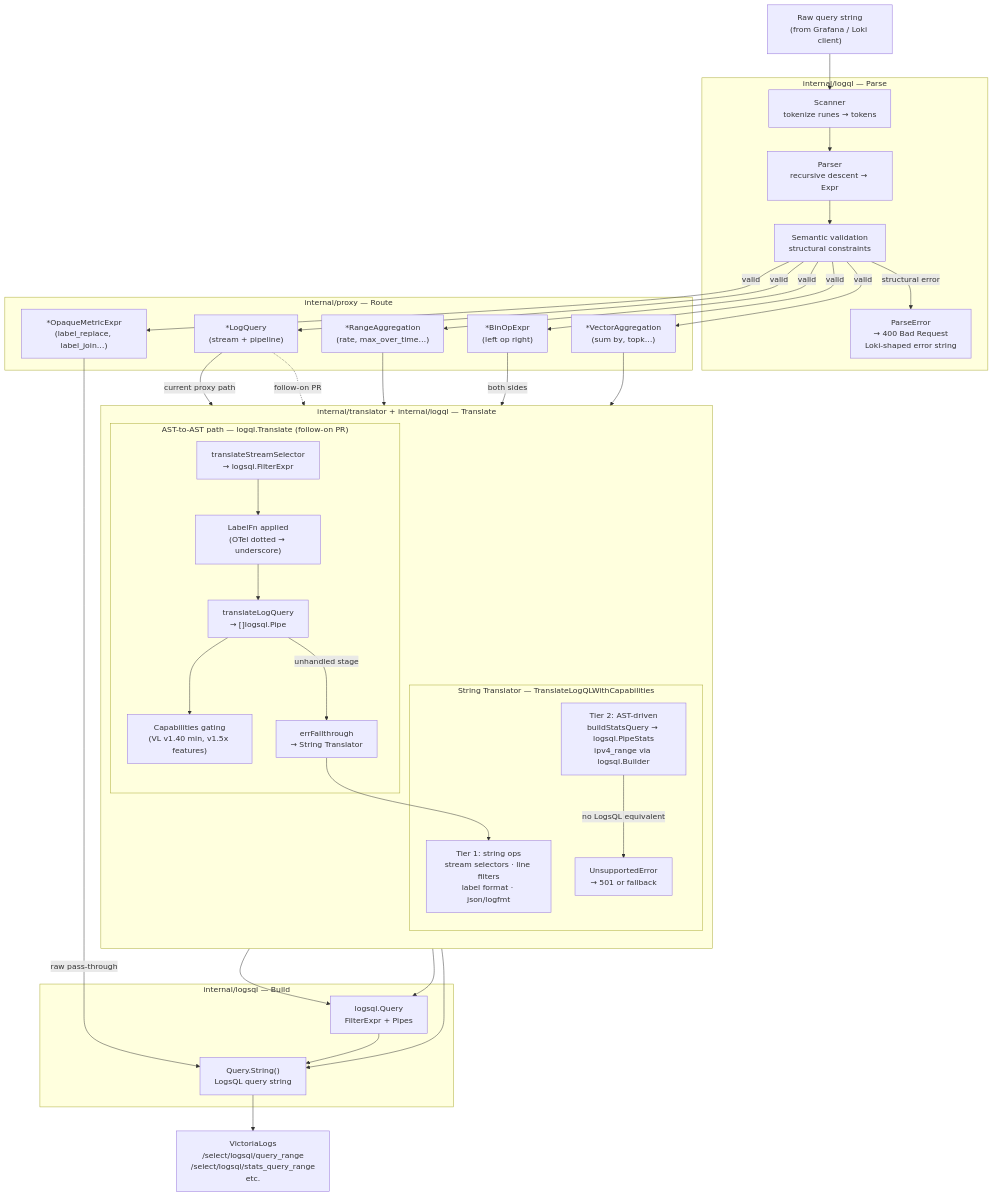
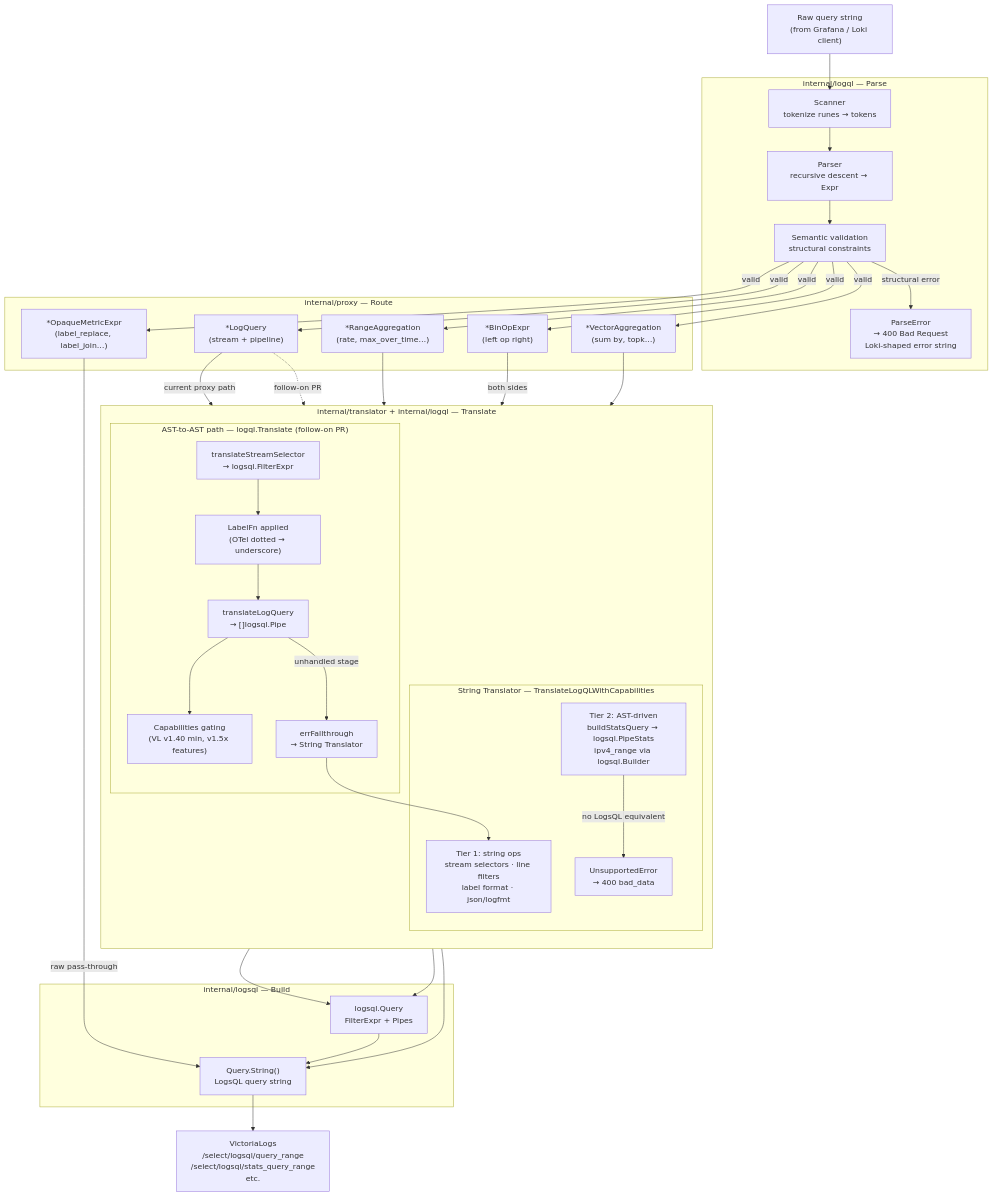
Before and after one commit to ReliablyObserve/loki-vl-proxy: the first of 3 diagrams in docs/logql-parser.md, drawn with Mermaid. The commit also changed other lines of this file and 50 other files, not shown here.

````diff
--- a/docs/logql-parser.md
+++ b/docs/logql-parser.md
@@ -34,66 +34,66 @@
 ```mermaid
 flowchart TD
     Q["Raw query string\n(from Grafana / Loki client)"]
 
     subgraph Parse["internal/logql — Parse"]
         SC["Scanner\ntokenize runes → tokens"]
         PA["Parser\nrecursive descent → Expr"]
         SE["Semantic validation\nstructural constraints"]
         PARSE_ERR["ParseError\n→ 400 Bad Request\nLoki-shaped error string"]
     end
 
     subgraph Route["internal/proxy — Route"]
         LQ["*LogQuery\n(stream + pipeline)"]
         RA["*RangeAggregation\n(rate, max_over_time…)"]
         BE["*BinOpExpr\n(left op right)"]
         OM["*OpaqueMetricExpr\n(label_replace, label_join…)"]
         VA["*VectorAggregation\n(sum by, topk…)"]
     end
 
     subgraph Translate["internal/translator + internal/logql — Translate"]
         direction TB
         subgraph AST["AST-to-AST path — logql.Translate (follow-on PR)"]
             SS["translateStreamSelector\n→ logsql.FilterExpr"]
             PIPE_STAGES["translateLogQuery\n→ []logsql.Pipe"]
             LABEL_FN["LabelFn applied\n(OTel dotted → underscore)"]
             CAPS_GATE["Capabilities gating\n(VL v1.40 min, v1.5x features)"]
             FT["errFallthrough\n→ String Translator"]
         end
         subgraph STR["String Translator — TranslateLogQLWithCapabilities"]
             T1["Tier 1: string ops\nstream selectors · line filters\nlabel format · json/logfmt"]
             T2["Tier 2: AST-driven\nbuildStatsQuery → logsql.PipeStats\nipv4_range via logsql.Builder"]
-            UNSUP["UnsupportedError\n→ 501 or fallback"]
+            UNSUP["UnsupportedError\n→ 400 bad_data"]
         end
     end
 
     subgraph Build["internal/logsql — Build"]
         LSQL_AST["logsql.Query\nFilterExpr + Pipes"]
         LSQL_STR["Query.String()\nLogsQL query string"]
     end
 
     VL["VictoriaLogs\n/select/logsql/query_range\n/select/logsql/stats_query_range\netc."]
 
     Q --> SC --> PA --> SE
     SE -->|"structural error"| PARSE_ERR
     SE -->|"valid"| LQ
     SE -->|"valid"| RA
     SE -->|"valid"| BE
     SE -->|"valid"| OM
     SE -->|"valid"| VA
 
     LQ -->|"current proxy path"| T1
     LQ -.->|"follow-on PR"| SS
     SS --> LABEL_FN --> PIPE_STAGES --> CAPS_GATE --> LSQL_AST
     PIPE_STAGES -->|"unhandled stage"| FT --> T1
 
     RA --> T2
     BE -->|"both sides"| T1
     VA --> T2
     OM -->|"raw pass-through"| LSQL_STR
 
     T1 --> LSQL_STR
     T2 --> LSQL_AST --> LSQL_STR
     T2 -->|"no LogsQL equivalent"| UNSUP
 
     LSQL_STR --> VL
 ```
````
